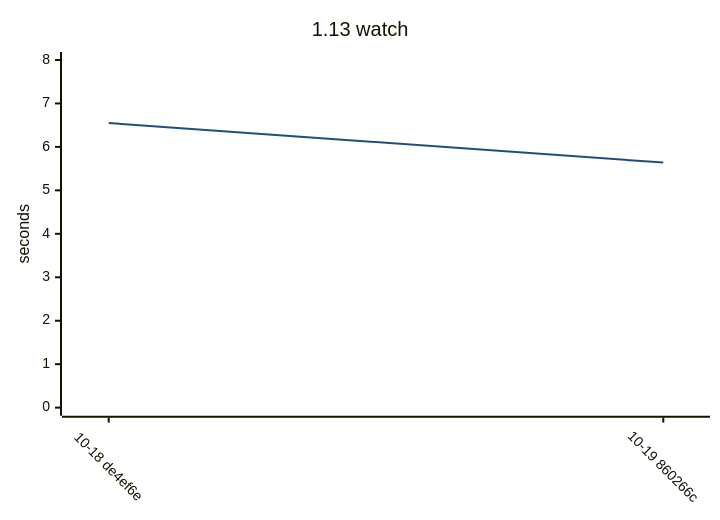
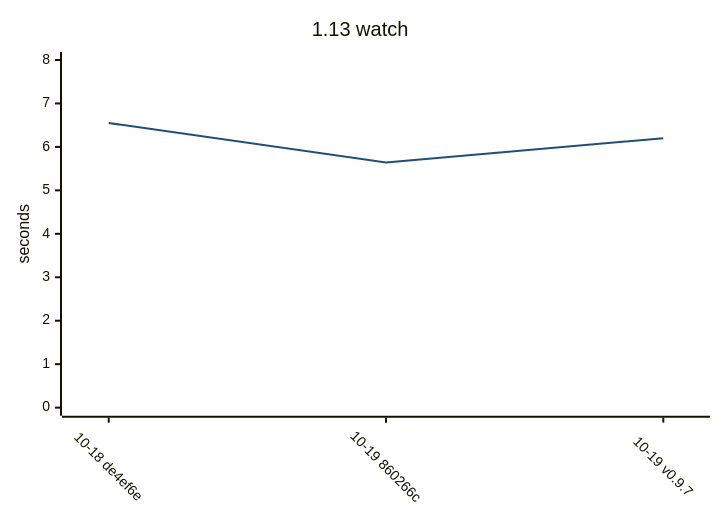
One commit to yamanori99/DistSSHQueue.jl changed the fourth of 15 diagrams in README.md. Above: the diagram before and after it, drawn with Mermaid. The commit also changed other lines of this file and 1 other file, not shown here.

````diff
--- a/README.md
+++ b/README.md
@@ -124,17 +124,17 @@
 ```mermaid
 ---
 config:
   theme: base
   themeVariables:
     xyChart:
       plotColorPalette: "#1f4e79"
   xyChart:
     xAxis:
       labelRotation: 45
 ---
 xychart-beta
     title "1.13 watch"
-    x-axis ["10-18 de4ef6e", "10-19 860266c"]
+    x-axis ["10-18 de4ef6e", "10-19 860266c", "10-19 v0.9.7"]
     y-axis "seconds" 0 --> 8
-    line [6.55, 5.64]
+    line [6.55, 5.64, 6.2]
 ```
````
